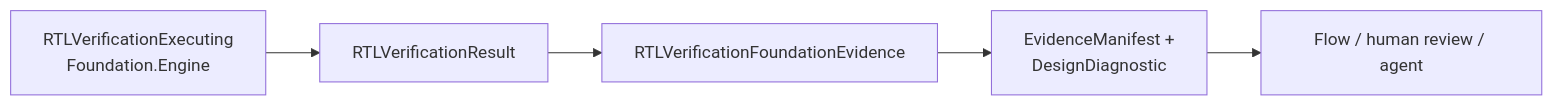
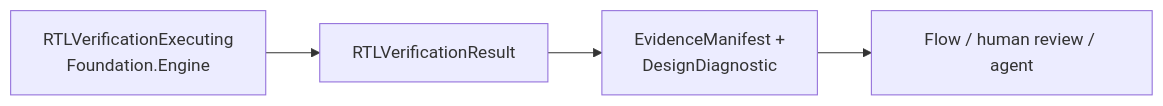
The second of 4 diagrams in README.md (1amageek/RTLVerificationEngine), drawn with Mermaid before and after one commit. The commit also changed other lines of this file and 16 other files, not shown here.

````diff
--- a/README.md
+++ b/README.md
@@ -76,7 +75,6 @@
 ```mermaid
 flowchart LR
     Engine["RTLVerificationExecuting\nFoundation.Engine"] --> Result["RTLVerificationResult"]
-    Result --> Evidence["RTLVerificationFoundationEvidence"]
-    Evidence --> Shared["EvidenceManifest +\nDesignDiagnostic"]
+    Result --> Shared["EvidenceManifest +\nDesignDiagnostic"]
     Shared --> Flow["Flow / human review / agent"]
 ```
````
